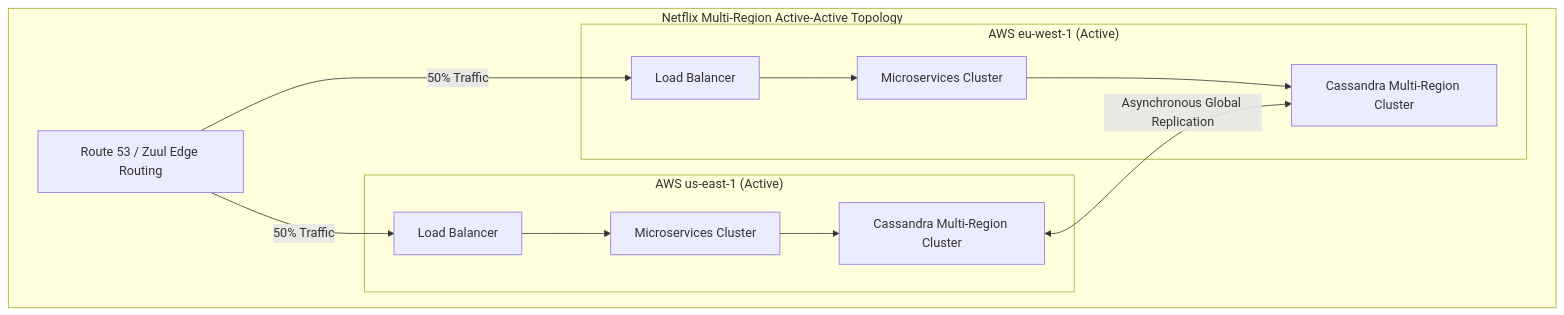
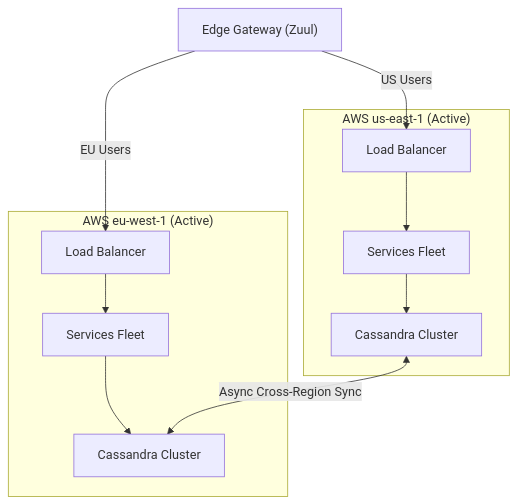
One commit to Sourav108/strivers-lld changed the diagram in strivers-hld/03-Scalability-and-Reliability/case-study.md. Above: the diagram before and after it, drawn with Mermaid. The commit also changed 39 other files, not shown here.

Commit message:
fix(mermaid): wrap node labels, simplify diamonds, and reformat wide diagrams for perfect GitHub rendering

````diff
--- a/strivers-hld/03-Scalability-and-Reliability/case-study.md
+++ b/strivers-hld/03-Scalability-and-Reliability/case-study.md
@@ -7,20 +7,18 @@
 ```mermaid
 flowchart TD
-    subgraph NetflixGlobal["Netflix Multi-Region Active-Active Topology"]
-        DNS["Route 53 / Zuul Edge Routing"]
-        
-        subgraph RegionUS["AWS us-east-1 (Active)"]
-            LB1["Load Balancer"] --> App1["Microservices Cluster"]
-            App1 --> DB1["Cassandra Multi-Region Cluster"]
-        end
+    DNS["Edge Gateway (Zuul)"]
+    
+    subgraph RegionUS["AWS us-east-1 (Active)"]
+        LB1["Load Balancer"] --> App1["Services Fleet"]
+        App1 --> DB1["Cassandra Cluster"]
+    end
 
-        subgraph RegionEU["AWS eu-west-1 (Active)"]
-            LB2["Load Balancer"] --> App2["Microservices Cluster"]
-            App2 --> DB2["Cassandra Multi-Region Cluster"]
-        end
+    subgraph RegionEU["AWS eu-west-1 (Active)"]
+        LB2["Load Balancer"] --> App2["Services Fleet"]
+        App2 --> DB2["Cassandra Cluster"]
+    end
 
-        DNS -->|50% Traffic| LB1
-        DNS -->|50% Traffic| LB2
-        DB1 <-->|Asynchronous Global Replication| DB2
-    end
+    DNS -->|US Users| LB1
+    DNS -->|EU Users| LB2
+    DB1 <-->|Async Cross-Region Sync| DB2
 ```
````
